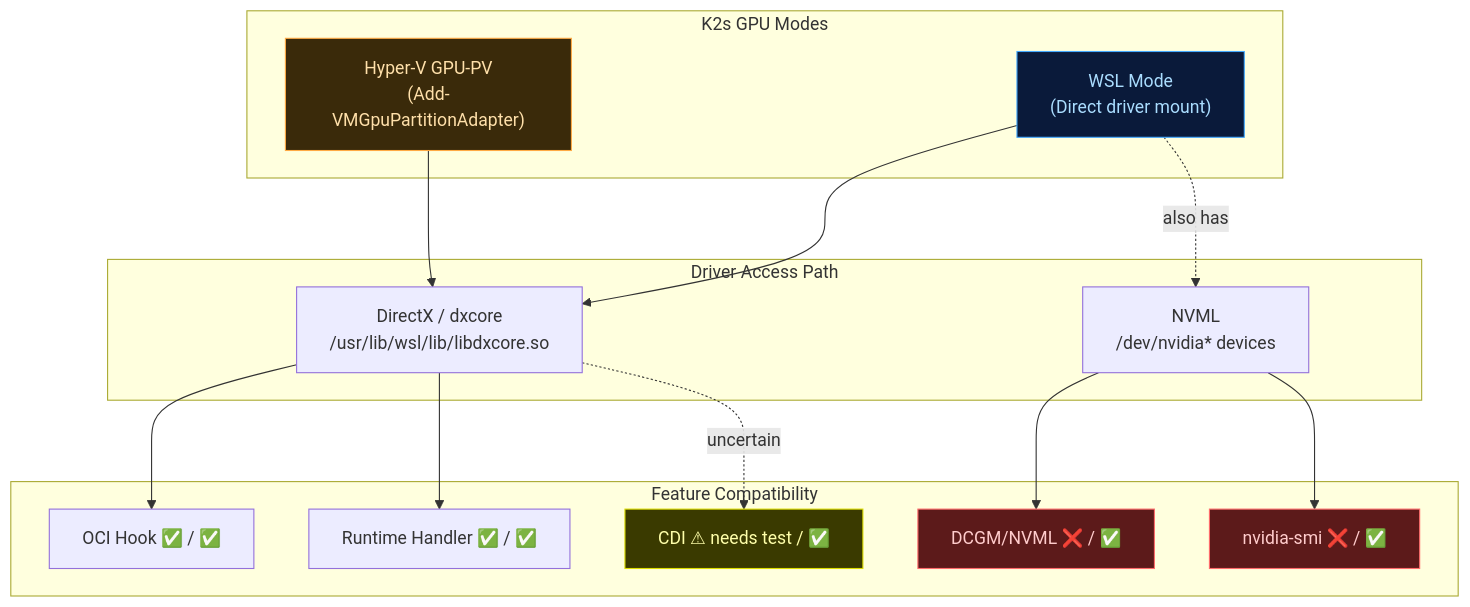
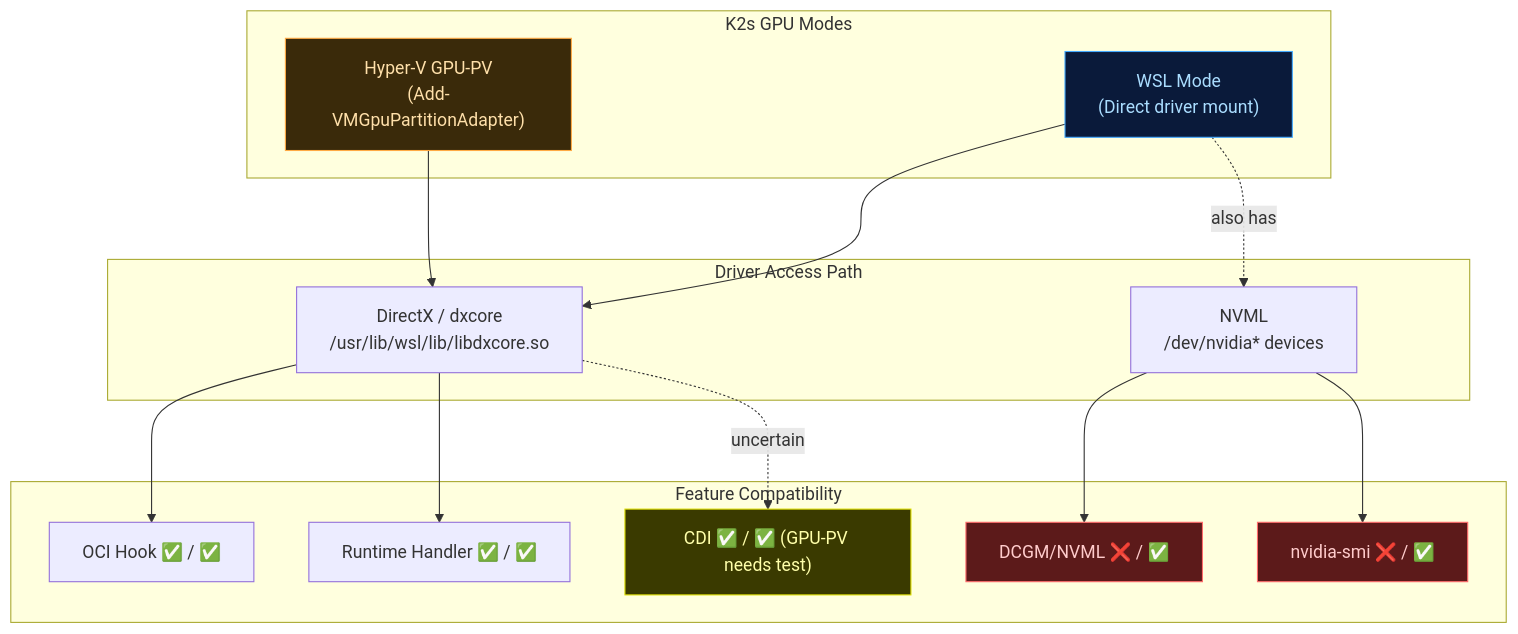
One commit to Siemens-Healthineers/K2s changed diagram 12 of 16 in docs/dev-guide/contributing/gpu-node-roadmap.md. Above: the diagram before and after it, drawn with Mermaid. The commit also changed other lines of this file and 6 other files, not shown here.

First line of the commit message:
gpu-node: implement Phase 2 CDI device passthrough (WSL2/dxcore)

````diff
--- a/docs/dev-guide/contributing/gpu-node-roadmap.md
+++ b/docs/dev-guide/contributing/gpu-node-roadmap.md
@@ -721,36 +854,36 @@
 ```mermaid
 graph TD
     subgraph modes["K2s GPU Modes"]
         HV["Hyper-V GPU-PV\n(Add-VMGpuPartitionAdapter)"]
         WSL["WSL Mode\n(Direct driver mount)"]
     end
 
     subgraph drivers["Driver Access Path"]
         DX["DirectX / dxcore\n/usr/lib/wsl/lib/libdxcore.so"]
         NVML["NVML\n/dev/nvidia* devices"]
     end
 
     subgraph compat["Feature Compatibility"]
         HOOK["OCI Hook ✅ / ✅"]
         RTH["Runtime Handler ✅ / ✅"]
-        CDI_C["CDI ⚠ needs test / ✅"]
+        CDI_C["CDI ✅ / ✅ (GPU-PV needs test)"]
         DCGM["DCGM/NVML ❌ / ✅"]
         SMI["nvidia-smi ❌ / ✅"]
     end
 
     HV --> DX
     WSL --> DX
     WSL -.->|also has| NVML
 
     DX --> HOOK
     DX --> RTH
     DX -.->|uncertain| CDI_C
     NVML --> DCGM
     NVML --> SMI
 
     style HV fill:#3a2a0a,stroke:#ffaa44,color:#ffe0aa
     style WSL fill:#0a1a3a,stroke:#44aaff,color:#aaddff
     style CDI_C fill:#3a3a00,stroke:#dddd00,color:#ffffaa
     style DCGM fill:#5c1a1a,stroke:#ff6b6b,color:#ffcccc
     style SMI fill:#5c1a1a,stroke:#ff6b6b,color:#ffcccc
 ```
````
